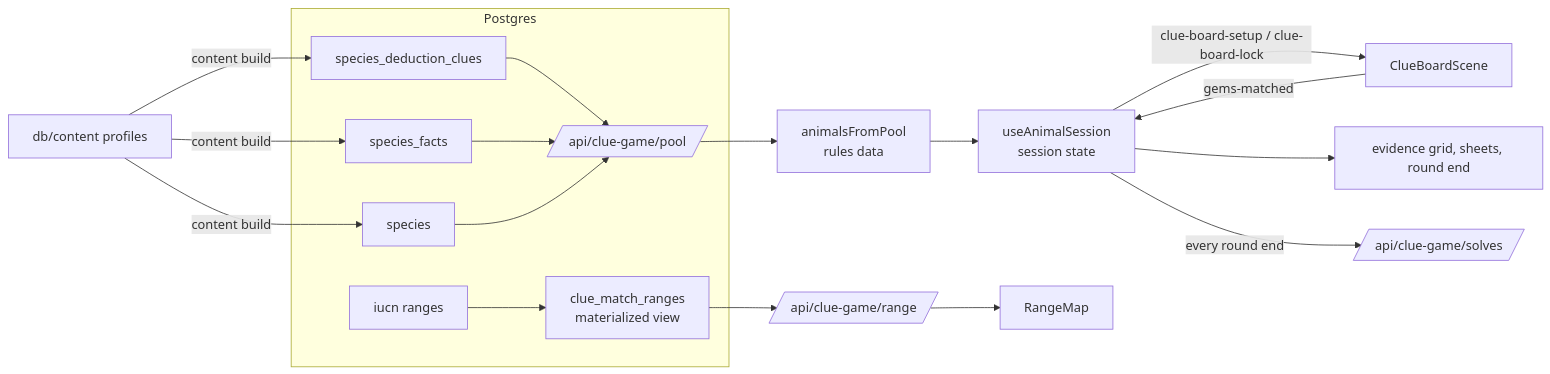
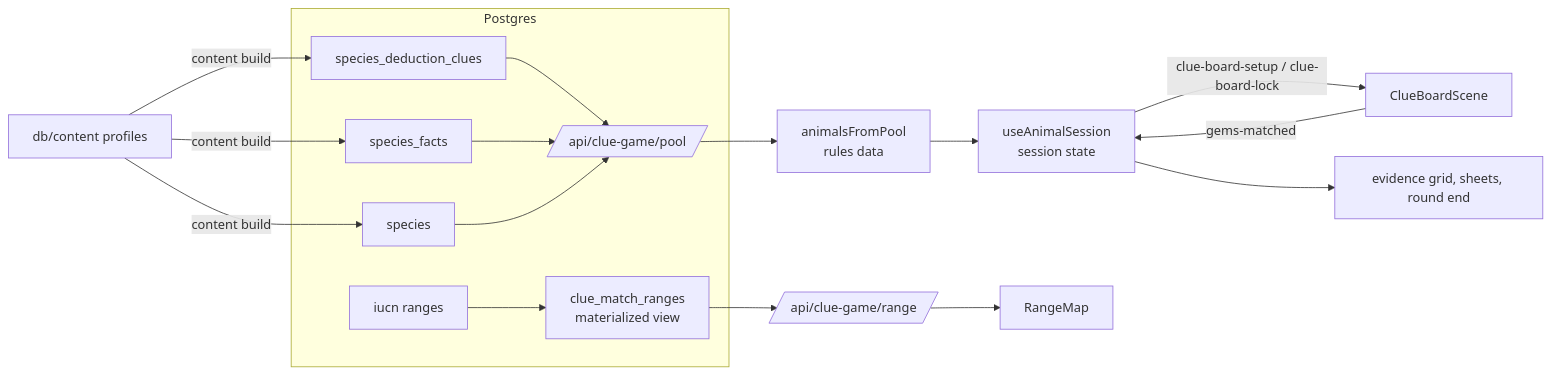
One commit to kc0588615/phaser-june changed the diagram in docs/CLUE_MATCH.md. Above: the diagram before and after it, drawn with Mermaid. The commit also changed other lines of this file and 16 other files, not shown here.

````diff
--- a/docs/CLUE_MATCH.md
+++ b/docs/CLUE_MATCH.md
@@ -31,16 +31,15 @@
 ```mermaid
 flowchart LR
   J[db/content profiles] -->|content build| C & F & S
   subgraph Postgres
     C[species_deduction_clues] --> P
     F[species_facts] --> P
     S[species] --> P
     I[iucn ranges] --> R[clue_match_ranges<br/>materialized view]
   end
   P[/api/clue-game/pool/] --> A[animalsFromPool<br/>rules data] --> H[useAnimalSession<br/>session state]
   R --> M[/api/clue-game/range/] --> RM[RangeMap]
   B[ClueBoardScene] -- gems-matched --> H
   H -- clue-board-setup / clue-board-lock --> B
   H --> UI[evidence grid, sheets, round end]
-  H -- every round end --> SV[/api/clue-game/solves/]
 ```
````
